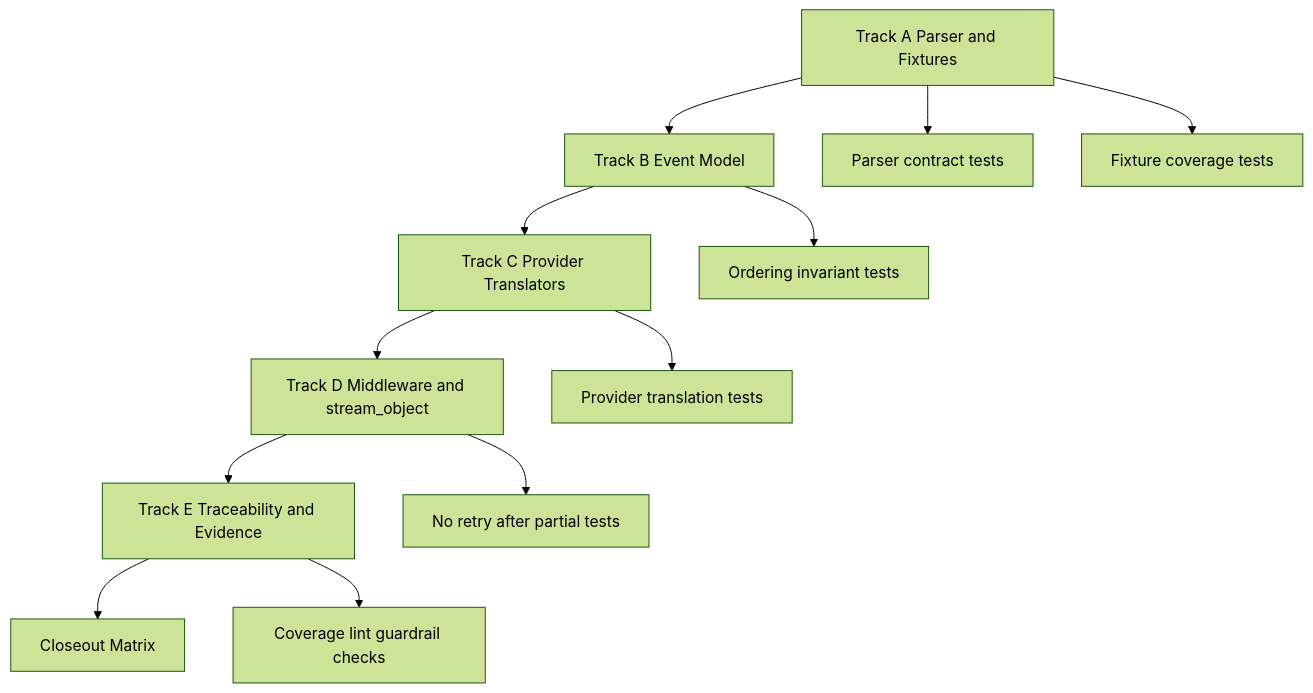
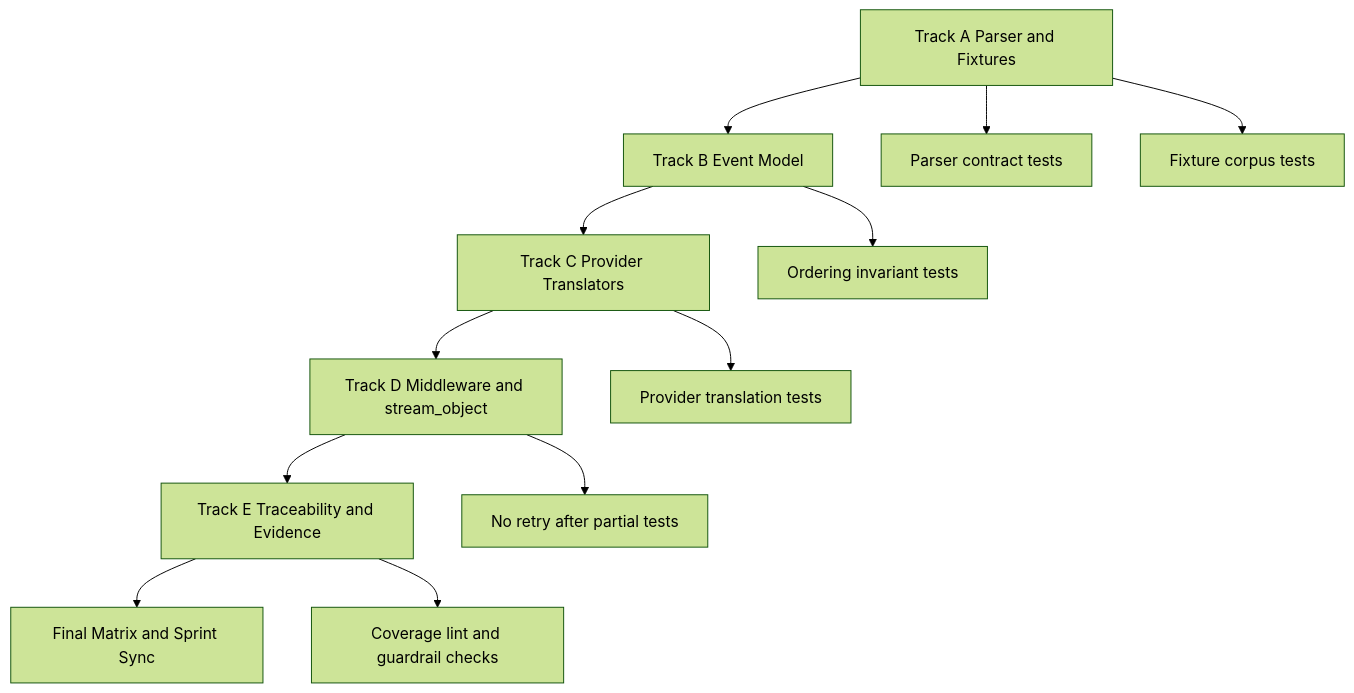
One commit to jaytaylor/attractor-tcl changed the third of 5 diagrams in docs/sprints/SPRINT-005-comprehensive-implementation-plan.md. Above: the diagram before and after it, drawn with Mermaid (forest theme). The commit also changed other lines of this file, not shown here.

Commit message:
docs: refresh sprint 005 comprehensive implementation plan

````diff
--- a/docs/sprints/SPRINT-005-comprehensive-implementation-plan.md
+++ b/docs/sprints/SPRINT-005-comprehensive-implementation-plan.md
@@ -706,15 +490,15 @@
 ```mermaid
 flowchart TD
   A[Track A Parser and Fixtures] --> B[Track B Event Model]
   B --> C[Track C Provider Translators]
   C --> D[Track D Middleware and stream_object]
   D --> E[Track E Traceability and Evidence]
-  E --> F[Closeout Matrix]
+  E --> F[Final Matrix and Sprint Sync]
 
   A --> A1[Parser contract tests]
-  A --> A2[Fixture coverage tests]
+  A --> A2[Fixture corpus tests]
   B --> B1[Ordering invariant tests]
   C --> C1[Provider translation tests]
   D --> D1[No retry after partial tests]
-  E --> E1[Coverage lint guardrail checks]
+  E --> E1[Coverage lint and guardrail checks]
 ```
````
